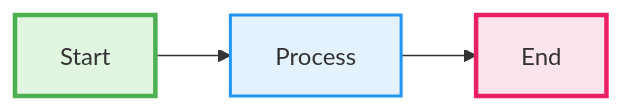
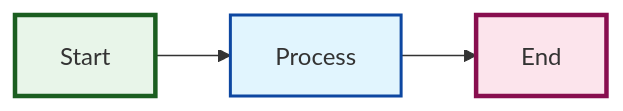
The seventh of 11 diagrams in documentation/skill_visio_via_mermaid.md (adourish/skills), drawn with Mermaid before and after one commit. The commit also changed 124 other files, not shown here.

First line of the commit message:
Add 4 new skills with comprehensive mermaid diagrams and update diagrams

````diff
--- a/documentation/skill_visio_via_mermaid.md
+++ b/documentation/skill_visio_via_mermaid.md
@@ -330,9 +330,9 @@
 ```mermaid
 flowchart LR
     A[Start]:::startStyle --> B[Process]:::processStyle
     B --> C[End]:::endStyle
     
-    classDef startStyle fill:#e1f5e1,stroke:#4caf50,stroke-width:3px
-    classDef processStyle fill:#e3f2fd,stroke:#2196f3,stroke-width:2px
-    classDef endStyle fill:#fce4ec,stroke:#e91e63,stroke-width:3px
+    classDef startStyle fill:#e8f5e9,stroke:#1b5e20,stroke-width:3px
+    classDef processStyle fill:#e1f5fe,stroke:#0d47a1,stroke-width:2px
+    classDef endStyle fill:#fce4ec,stroke:#880e4f,stroke-width:3px
 ```
````
